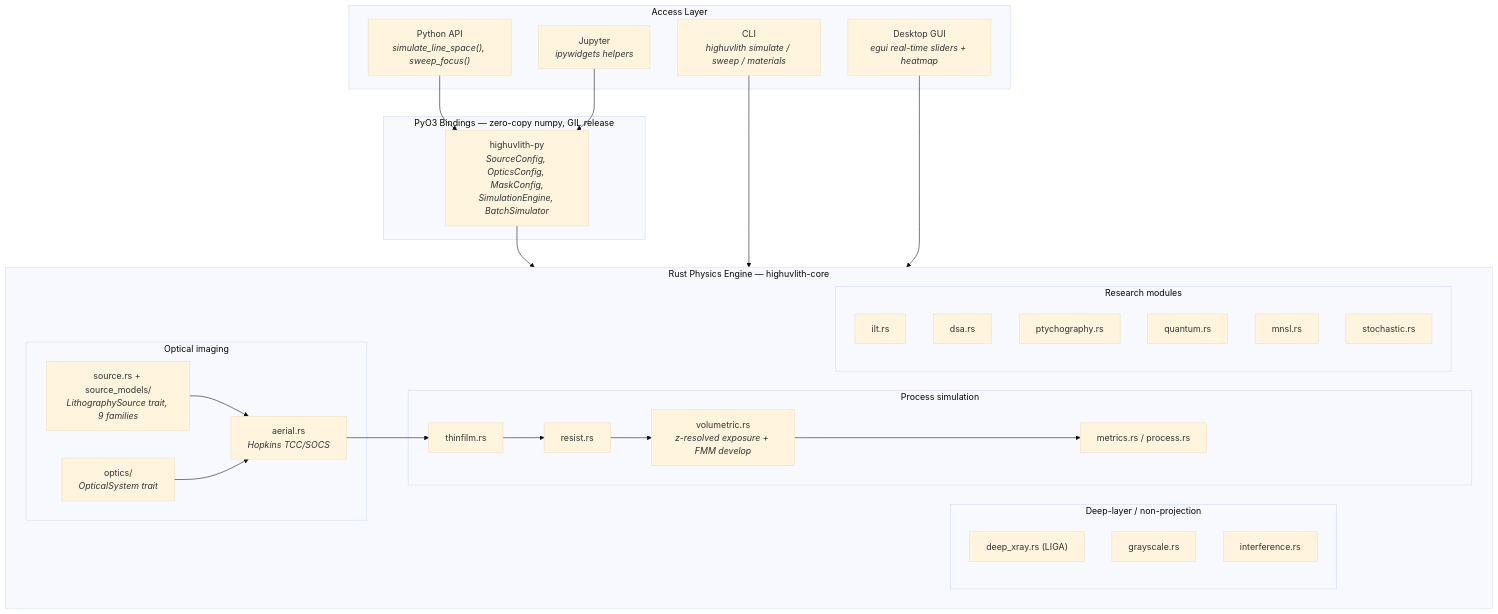
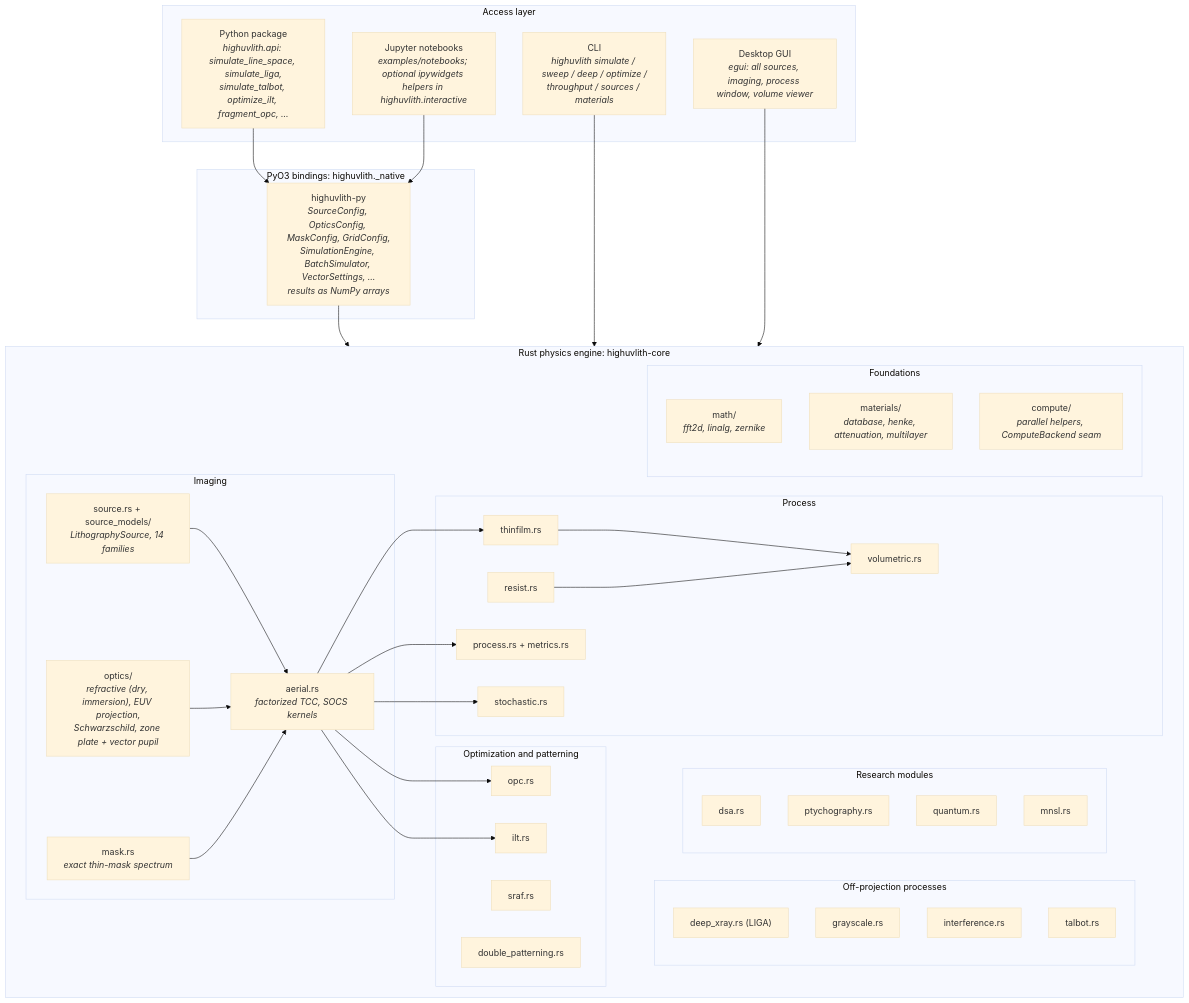
One commit to sonoransun/highuvlith changed the first of 3 diagrams in docs/architecture.md. Above: the diagram before and after it, drawn with Mermaid (base theme). The commit also changed other lines of this file and 496 other files, not shown here.

````diff
--- a/docs/architecture.md
+++ b/docs/architecture.md
@@ -11,49 +11,69 @@
 ```mermaid
 graph TB
-    subgraph Access["Access Layer"]
-        PY["Python API<br/><i>simulate_line_space(), sweep_focus()</i>"]
-        CLI["CLI<br/><i>highuvlith simulate / sweep / materials</i>"]
-        GUI["Desktop GUI<br/><i>egui real-time sliders + heatmap</i>"]
-        JUP["Jupyter<br/><i>ipywidgets helpers</i>"]
+    subgraph Access["Access layer"]
+        PY["Python package<br/><i>highuvlith.api: simulate_line_space, simulate_liga,<br/>simulate_talbot, optimize_ilt, fragment_opc, ...</i>"]
+        CLI["CLI<br/><i>highuvlith simulate / sweep / deep / optimize /<br/>throughput / sources / materials</i>"]
+        GUI["Desktop GUI<br/><i>egui: all sources, imaging, process window, volume viewer</i>"]
+        JUP["Jupyter notebooks<br/><i>examples/notebooks; optional ipywidgets helpers in highuvlith.interactive</i>"]
     end
 
-    subgraph Bindings["PyO3 Bindings — zero-copy numpy, GIL release"]
-        PYO3["highuvlith-py<br/><i>SourceConfig, OpticsConfig, MaskConfig,<br/>SimulationEngine, BatchSimulator</i>"]
+    subgraph Bindings["PyO3 bindings: highuvlith._native"]
+        PYO3["highuvlith-py<br/><i>SourceConfig, OpticsConfig, MaskConfig, GridConfig,<br/>SimulationEngine, BatchSimulator, VectorSettings, ...<br/>results as NumPy arrays</i>"]
     end
 
-    subgraph Core["Rust Physics Engine — highuvlith-core"]
+    subgraph Core["Rust physics engine: highuvlith-core"]
         direction LR
-        subgraph Imaging["Optical imaging"]
-            SRC["source.rs + source_models/<br/><i>LithographySource trait, 9 families</i>"]
-            OPT["optics/<br/><i>OpticalSystem trait</i>"]
-            AER["aerial.rs<br/><i>Hopkins TCC/SOCS</i>"]
+        subgraph Imaging["Imaging"]
+            SRC["source.rs + source_models/<br/><i>LithographySource, 14 families</i>"]
+            OPT["optics/<br/><i>refractive (dry, immersion), EUV projection,<br/>Schwarzschild, zone plate + vector pupil</i>"]
+            MSK["mask.rs<br/><i>exact thin-mask spectrum</i>"]
+            AER["aerial.rs<br/><i>factorized TCC, SOCS kernels</i>"]
             SRC --> AER
             OPT --> AER
+            MSK --> AER
         end
-        subgraph Process["Process simulation"]
-            TF["thinfilm.rs"] --> RES["resist.rs"]
-            RES --> VOL["volumetric.rs<br/><i>z-resolved exposure + FMM develop</i>"]
-            VOL --> MET["metrics.rs / process.rs"]
+        subgraph Process["Process"]
+            TF["thinfilm.rs"]
+            RES["resist.rs"]
+            VOL["volumetric.rs"]
+            PW["process.rs + metrics.rs"]
+            STO["stochastic.rs"]
+            TF --> VOL
+            RES --> VOL
         end
-        subgraph Deep["Deep-layer / non-projection"]
+        subgraph Patterning["Optimization and patterning"]
+            OPC["opc.rs"]
+            SRAF["sraf.rs"]
+            ILT["ilt.rs"]
+            DP["double_patterning.rs"]
+        end
+        subgraph Deep["Off-projection processes"]
             LIGA["deep_xray.rs (LIGA)"]
             GRAY["grayscale.rs"]
             INTF["interference.rs"]
+            TAL["talbot.rs"]
         end
         subgraph Research["Research modules"]
-            ILT["ilt.rs"]
             DSA["dsa.rs"]
             PTY["ptychography.rs"]
             QLI["quantum.rs"]
             MNSL["mnsl.rs"]
-            STO["stochastic.rs"]
+        end
+        subgraph Found["Foundations"]
+            MATH["math/<br/><i>fft2d, linalg, zernike</i>"]
+            MAT["materials/<br/><i>database, henke, attenuation, multilayer</i>"]
+            PAR["compute/<br/><i>parallel helpers, ComputeBackend seam</i>"]
         end
         AER --> TF
+        AER --> PW
+        AER --> OPC
+        AER --> ILT
+        AER --> STO
     end
 
     PY --> PYO3
     JUP --> PYO3
     PYO3 --> Core
     CLI --> Core
     GUI --> Core
 ```
````
